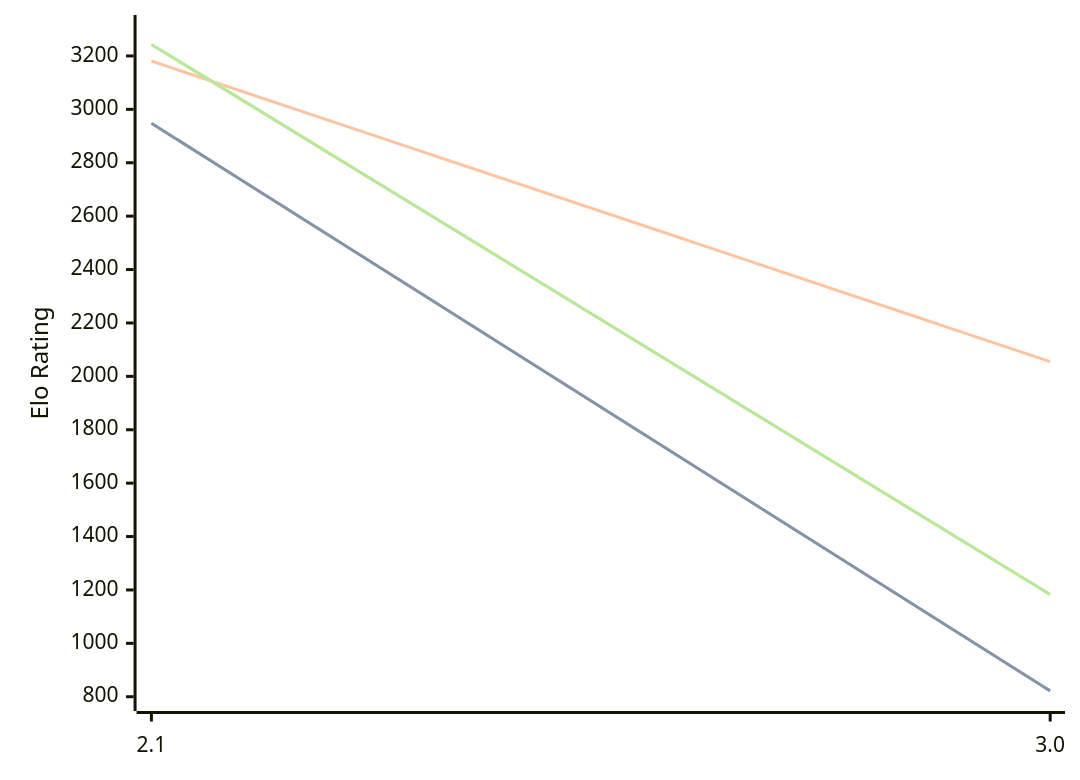
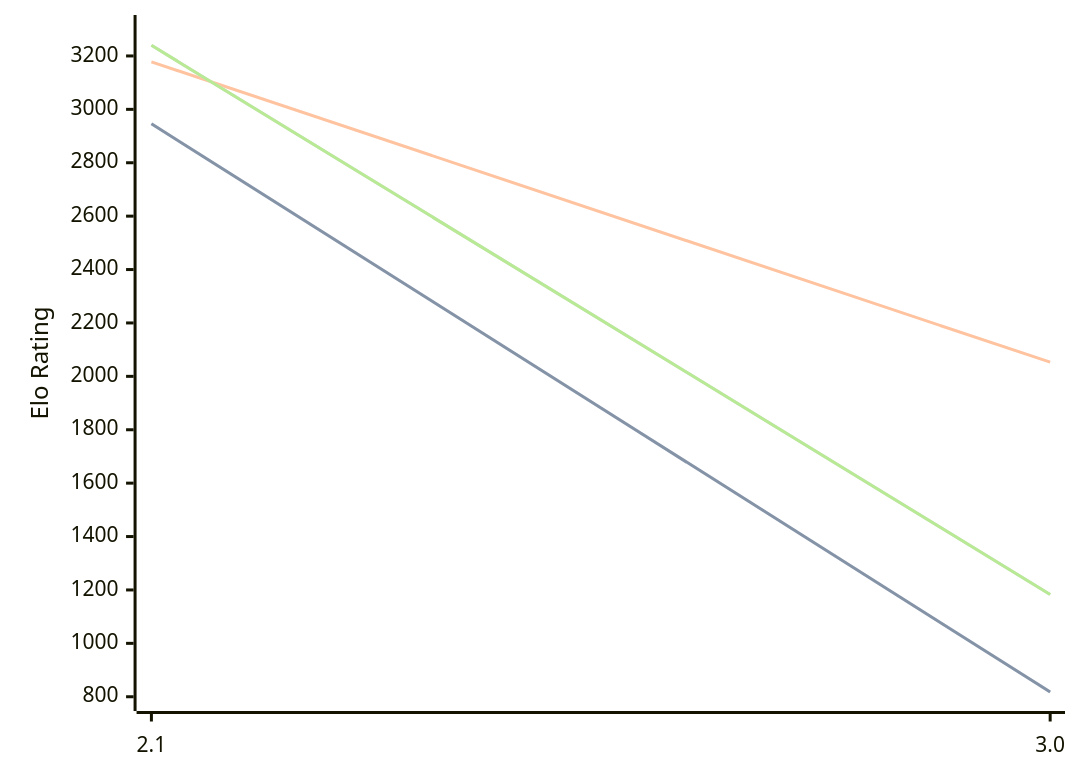
The diagram in engines/Quirky.md (computer-chess-index/cci), drawn with Mermaid before and after one commit. The commit also changed other lines of this file, not shown here.

Commit message:
Update CCI Ratings (ELO VLTC) - 2026-08-12

````diff
--- a/engines/Quirky.md
+++ b/engines/Quirky.md
@@ -32,11 +32,11 @@
 ```mermaid
 %%{init: {"theme":"base","themeVariables":{"seriesColors:['#a3a3a3','#222221','#faa371']}}}%%
 xychart-beta
   x-axis ["2.1", "3.0"]
   y-axis "Elo Rating" 800 --> 3300
-  line "STC (8.0+0.08s)" [2948, 822]
-  line "STC (8.0+0.08s)" [2948, 822]
-  line "LTC (60.0+0.60s)" [3181, 2055]
-  line "VLTC (2m24s+1.12s)" [3243, 1183]
-  line "VLTC (2m24s+1.12s)" [3243, 1183]
+  line "STC (8.0+0.08s)" [2946, 818]
+  line "STC (8.0+0.08s)" [2946, 818]
+  line "LTC (60.0+0.60s)" [3178, 2053]
+  line "VLTC (2m24s+1.12s)" [3240, 1183]
+  line "VLTC (2m24s+1.12s)" [3240, 1183]
 ```
````
